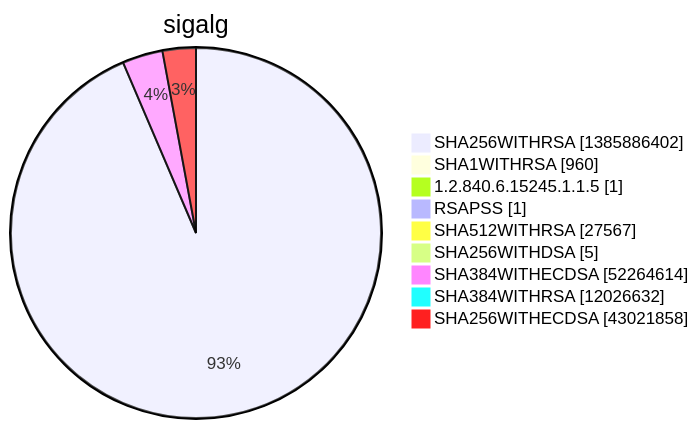
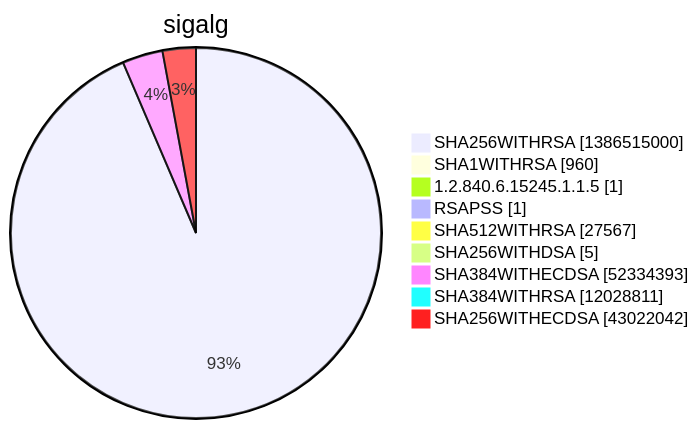
One commit to christiankrug/ctmonitor_visualization changed diagram 15 of 15 in argon2022/README.md. Above: the diagram before and after it, drawn with Mermaid. The commit also changed other lines of this file, not shown here.

````diff
--- a/argon2022/README.md
+++ b/argon2022/README.md
@@ -5524,13 +5524,13 @@
 ```mermaid
 pie showData
 title sigalg
-"SHA256WITHRSA" :1385886402
+"SHA256WITHRSA" :1386515000
 "SHA1WITHRSA" :960
 "1.2.840.6.15245.1.1.5" :1
 "RSAPSS" :1
 "SHA512WITHRSA" :27567
 "SHA256WITHDSA" :5
-"SHA384WITHECDSA" :52264614
-"SHA384WITHRSA" :12026632
-"SHA256WITHECDSA" :43021858
+"SHA384WITHECDSA" :52334393
+"SHA384WITHRSA" :12028811
+"SHA256WITHECDSA" :43022042
 ```
````
